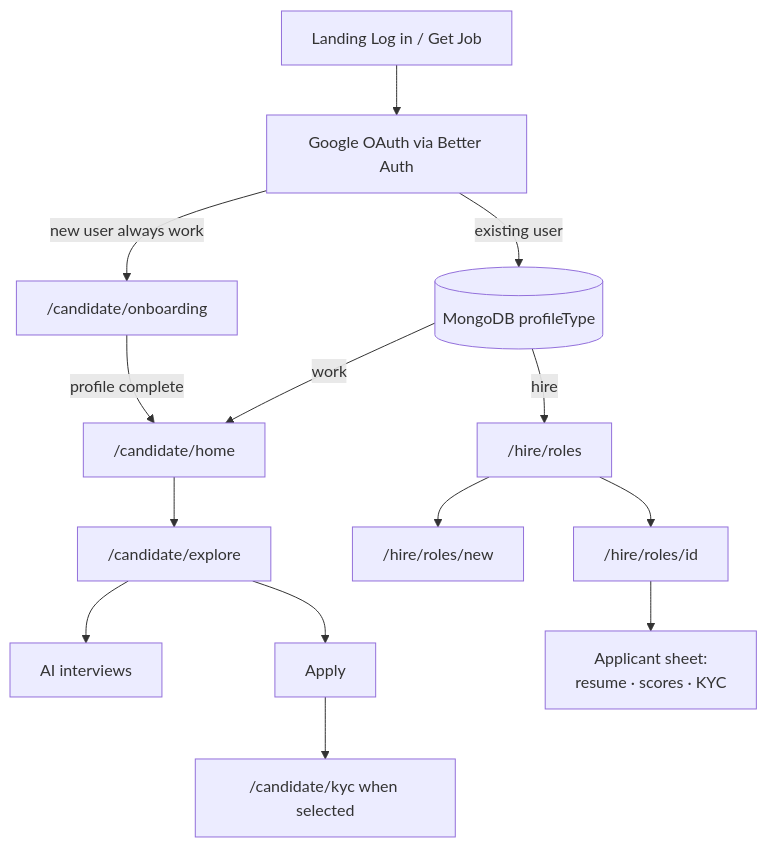
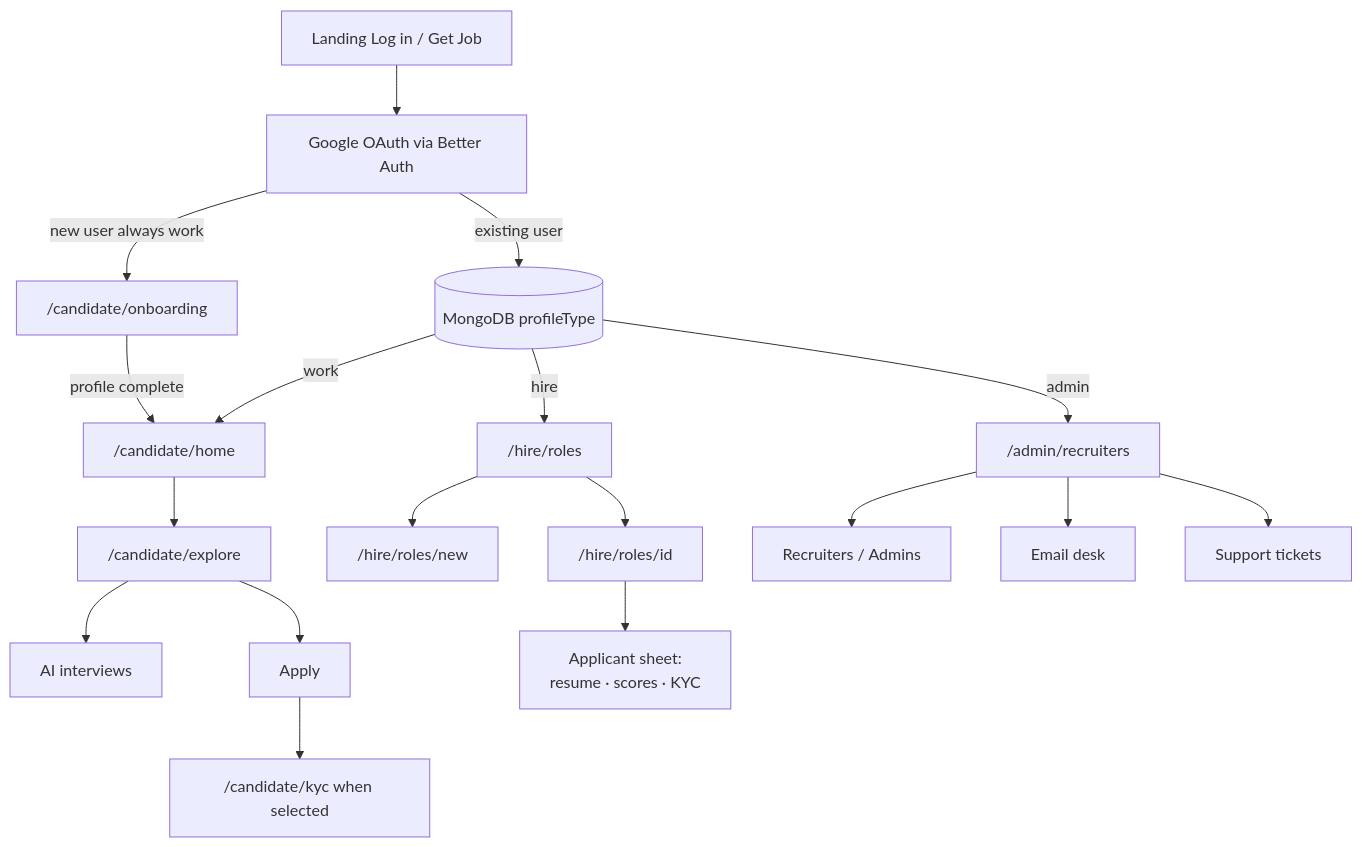
The second of 10 diagrams in README.md (Agentic-Labs-India/Project-Bluecollarz), drawn with Mermaid before and after one commit. The commit also changed other lines of this file and 22 other files, not shown here.

First line of the commit message:
Enhance README and UI components for admin features and support ticketing

````diff
--- a/README.md
+++ b/README.md
@@ -110,23 +118,28 @@
 ```mermaid
 flowchart TD
   Landing[Landing Log in / Get Job]
   Google[Google OAuth via Better Auth]
   DB[(MongoDB profileType)]
 
   Landing --> Google
   Google -->|new user always work| Onboard["/candidate/onboarding"]
   Onboard -->|profile complete| Home["/candidate/home"]
 
   Google -->|existing user| DB
   DB -->|work| Home
   DB -->|hire| Roles["/hire/roles"]
+  DB -->|admin| Admin["/admin/recruiters"]
 
   Home --> Explore["/candidate/explore"]
   Explore --> Interviews[AI interviews]
   Explore --> Apply[Apply]
   Apply --> KYC["/candidate/kyc when selected"]
 
   Roles --> NewRole["/hire/roles/new"]
   Roles --> Applicants["/hire/roles/id"]
   Applicants --> Sheet[Applicant sheet:<br/>resume · scores · KYC]
+
+  Admin --> Recruiters[Recruiters / Admins]
+  Admin --> Email[Email desk]
+  Admin --> Support[Support tickets]
 ```
````
